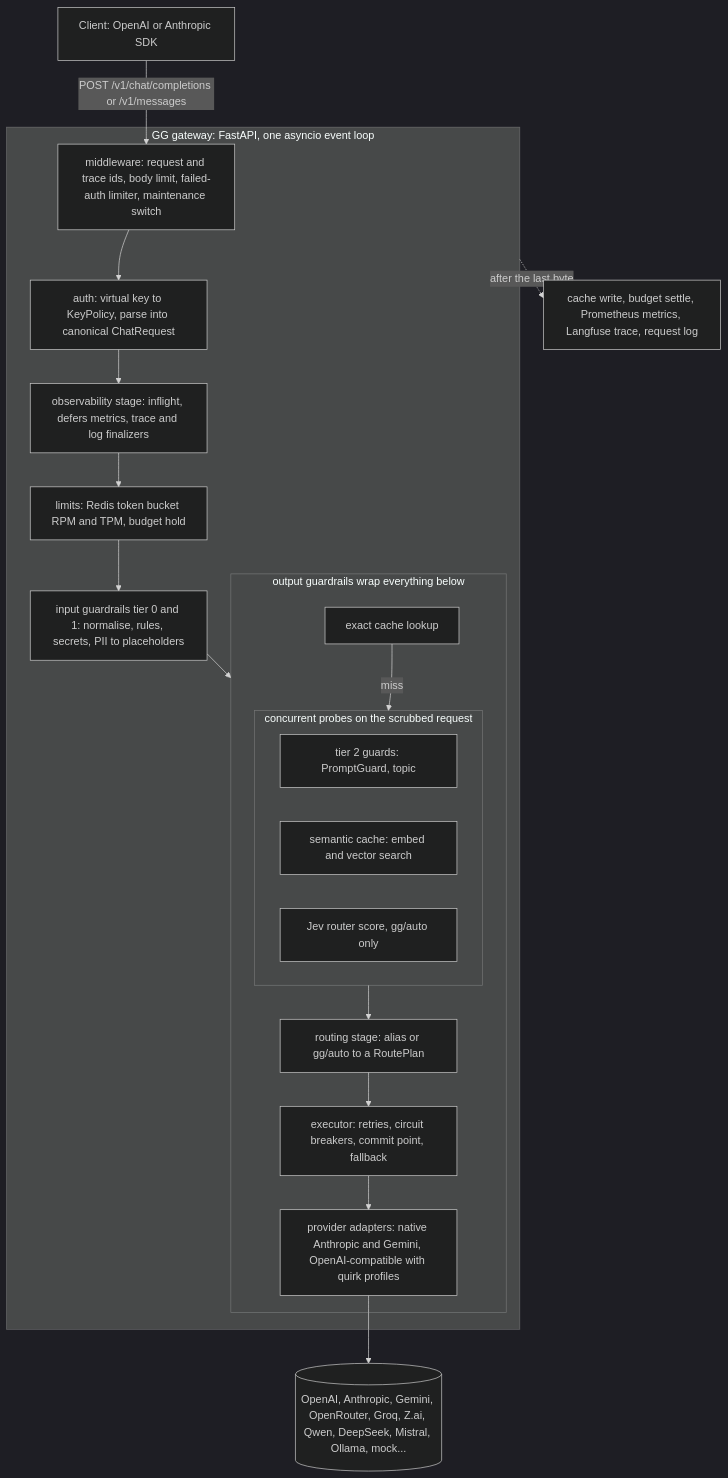
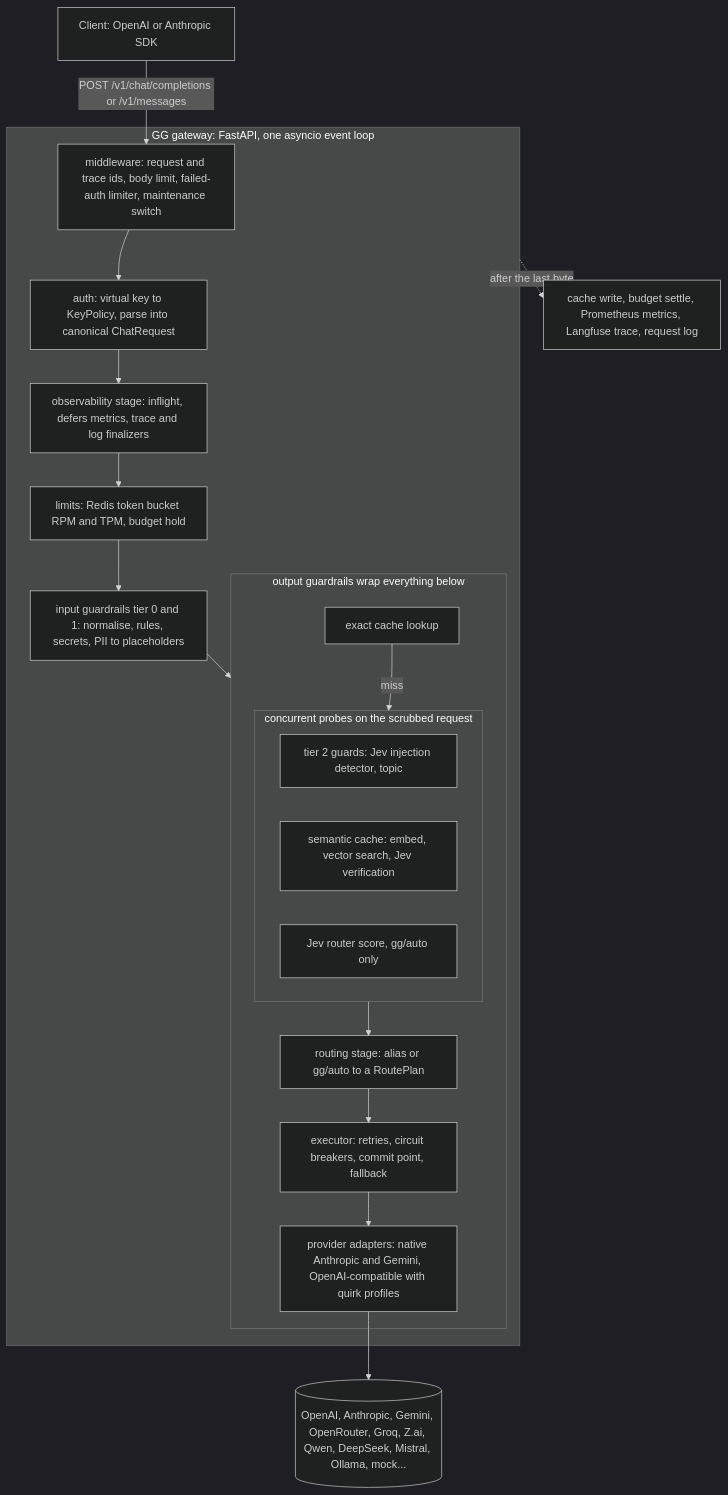
The diagram in docs/architecture.md (siddham-jain/guarded-gateway), drawn with Mermaid (dark theme) before and after one commit. The commit also changed other lines of this file and 2 other files, not shown here.

Commit message:
docs: document jev-verified cache, jev guard and live eval gate

````diff
--- a/docs/architecture.md
+++ b/docs/architecture.md
@@ -10,25 +10,25 @@
 ```mermaid
 flowchart TD
     C[Client: OpenAI or Anthropic SDK] -->|POST /v1/chat/completions or /v1/messages| MW
     subgraph GG[GG gateway: FastAPI, one asyncio event loop]
         MW[middleware: request and trace ids, body limit, failed-auth limiter, maintenance switch]
         MW --> AUTH[auth: virtual key to KeyPolicy, parse into canonical ChatRequest]
         AUTH --> OBS[observability stage: inflight, defers metrics, trace and log finalizers]
         OBS --> LIM[limits: Redis token bucket RPM and TPM, budget hold]
         LIM --> GIN[input guardrails tier 0 and 1: normalise, rules, secrets, PII to placeholders]
         GIN --> GOUT
         subgraph GOUT[output guardrails wrap everything below]
             EX[exact cache lookup] -->|miss| PROBES
             subgraph PROBES[concurrent probes on the scrubbed request]
-                P1[tier 2 guards: PromptGuard, topic]
-                P2[semantic cache: embed and vector search]
+                P1[tier 2 guards: Jev injection detector, topic]
+                P2[semantic cache: embed, vector search, Jev verification]
                 P3[Jev router score, gg/auto only]
             end
             PROBES --> ROUTE[routing stage: alias or gg/auto to a RoutePlan]
             ROUTE --> EXE[executor: retries, circuit breakers, commit point, fallback]
             EXE --> AD[provider adapters: native Anthropic and Gemini, OpenAI-compatible with quirk profiles]
         end
     end
     AD --> UP[(OpenAI, Anthropic, Gemini, OpenRouter, Groq, Z.ai, Qwen, DeepSeek, Mistral, Ollama, mock...)]
     GG -.after the last byte.-> F[cache write, budget settle, Prometheus metrics, Langfuse trace, request log]
 ```
````
